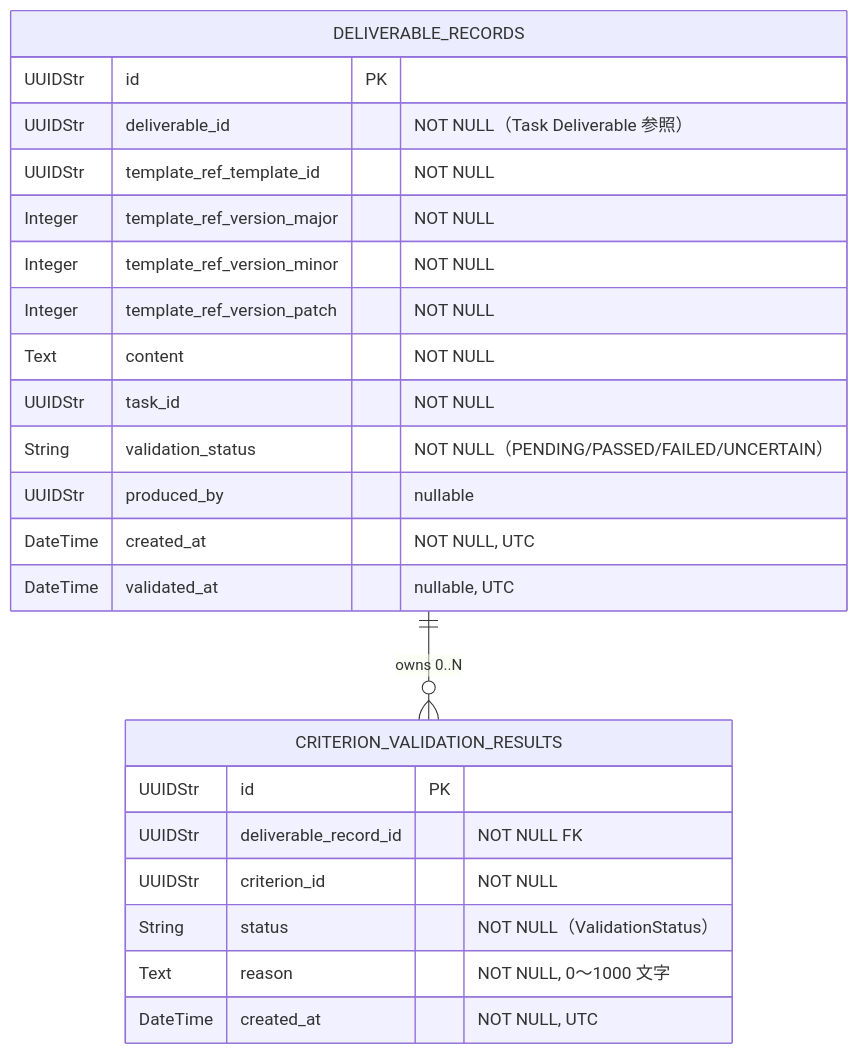
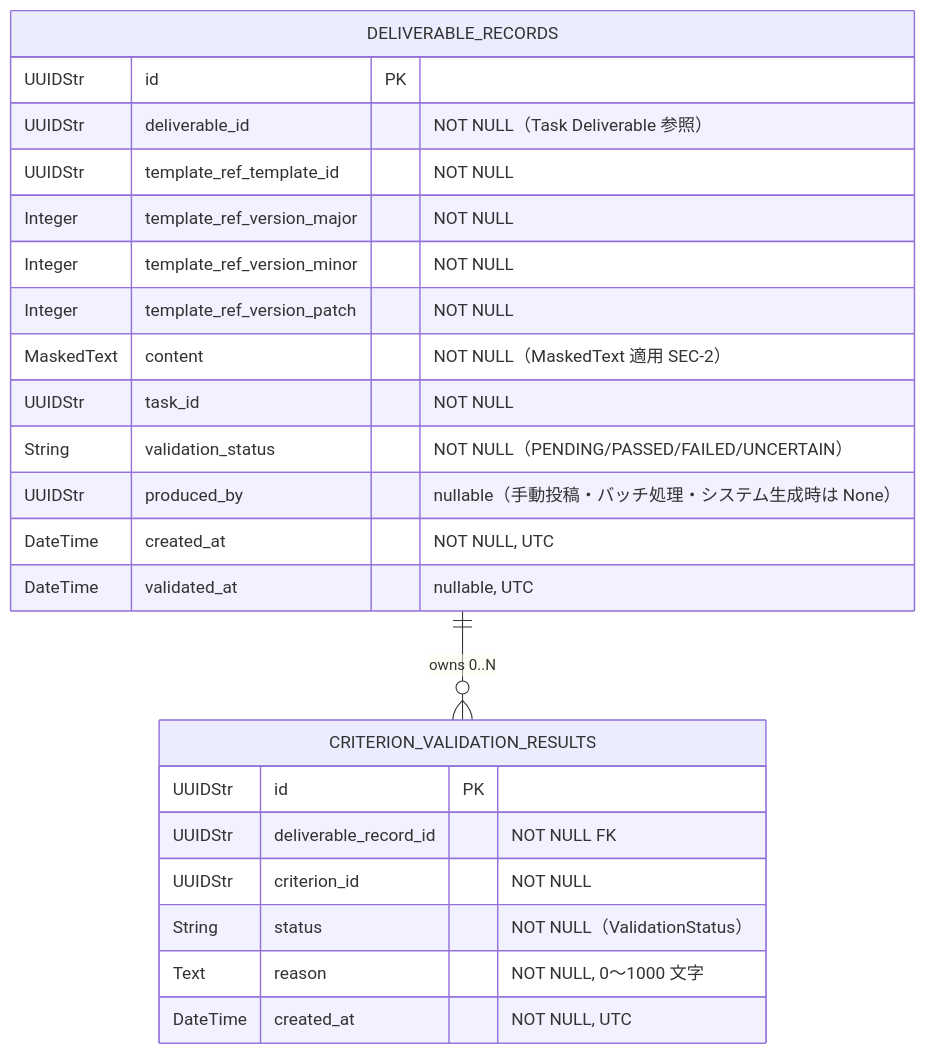
The third of 3 diagrams in docs/features/deliverable-template/ai-validation/basic-design.md (bakufu-dev/bakufu), drawn with Mermaid before and after one commit. The commit also changed other lines of this file and 5 other files, not shown here.

````diff
--- a/docs/features/deliverable-template/ai-validation/basic-design.md
+++ b/docs/features/deliverable-template/ai-validation/basic-design.md
@@ -306,26 +305,26 @@
 ```mermaid
 erDiagram
     DELIVERABLE_RECORDS {
         UUIDStr id PK
         UUIDStr deliverable_id "NOT NULL（Task Deliverable 参照）"
         UUIDStr template_ref_template_id "NOT NULL"
         Integer template_ref_version_major "NOT NULL"
         Integer template_ref_version_minor "NOT NULL"
         Integer template_ref_version_patch "NOT NULL"
-        Text content "NOT NULL"
+        MaskedText content "NOT NULL（MaskedText 適用 SEC-2）"
         UUIDStr task_id "NOT NULL"
         String validation_status "NOT NULL（PENDING/PASSED/FAILED/UNCERTAIN）"
-        UUIDStr produced_by "nullable"
+        UUIDStr produced_by "nullable（手動投稿・バッチ処理・システム生成時は None）"
         DateTime created_at "NOT NULL, UTC"
         DateTime validated_at "nullable, UTC"
     }
     CRITERION_VALIDATION_RESULTS {
         UUIDStr id PK
         UUIDStr deliverable_record_id "NOT NULL FK"
         UUIDStr criterion_id "NOT NULL"
         String status "NOT NULL（ValidationStatus）"
         Text reason "NOT NULL, 0〜1000 文字"
         DateTime created_at "NOT NULL, UTC"
     }
     DELIVERABLE_RECORDS ||--o{ CRITERION_VALIDATION_RESULTS : "owns 0..N"
 ```
````
